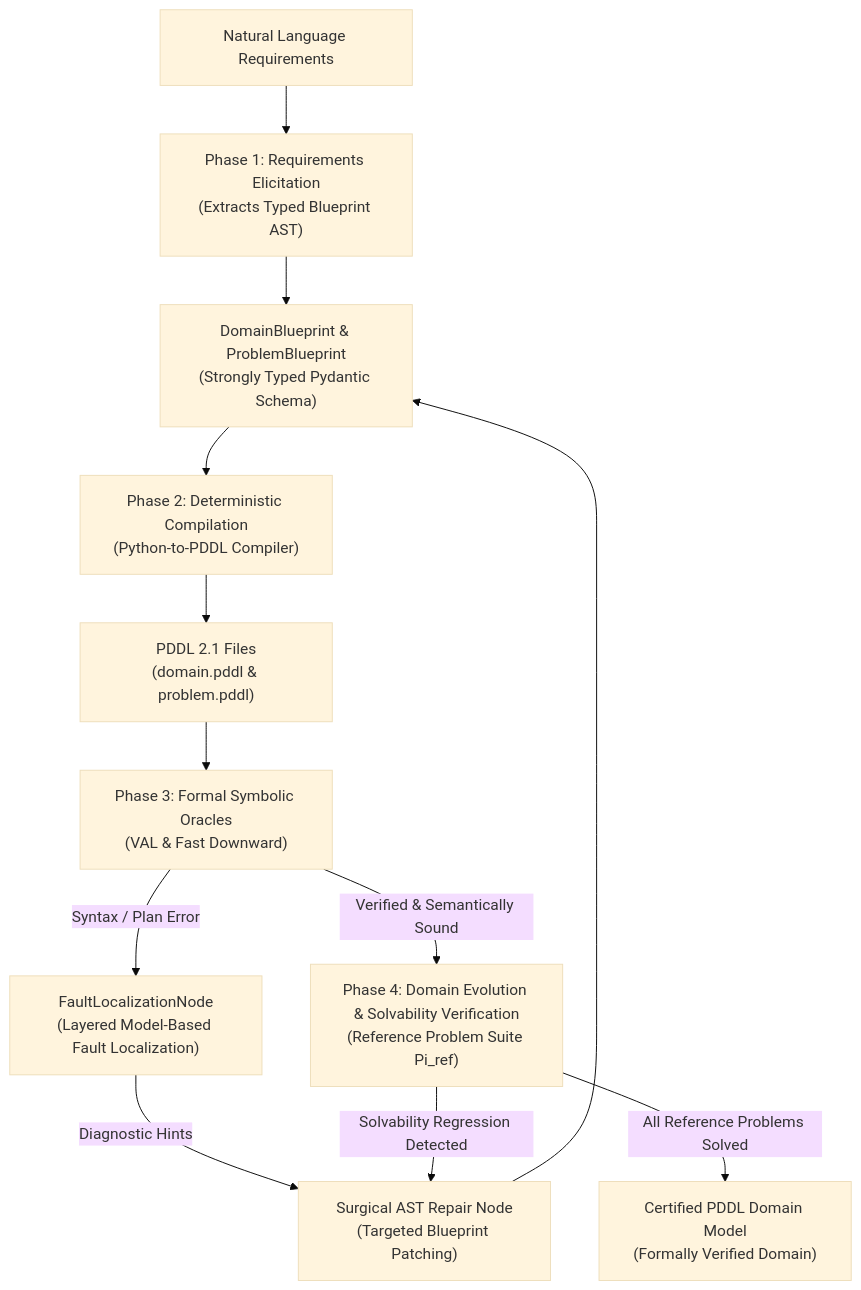
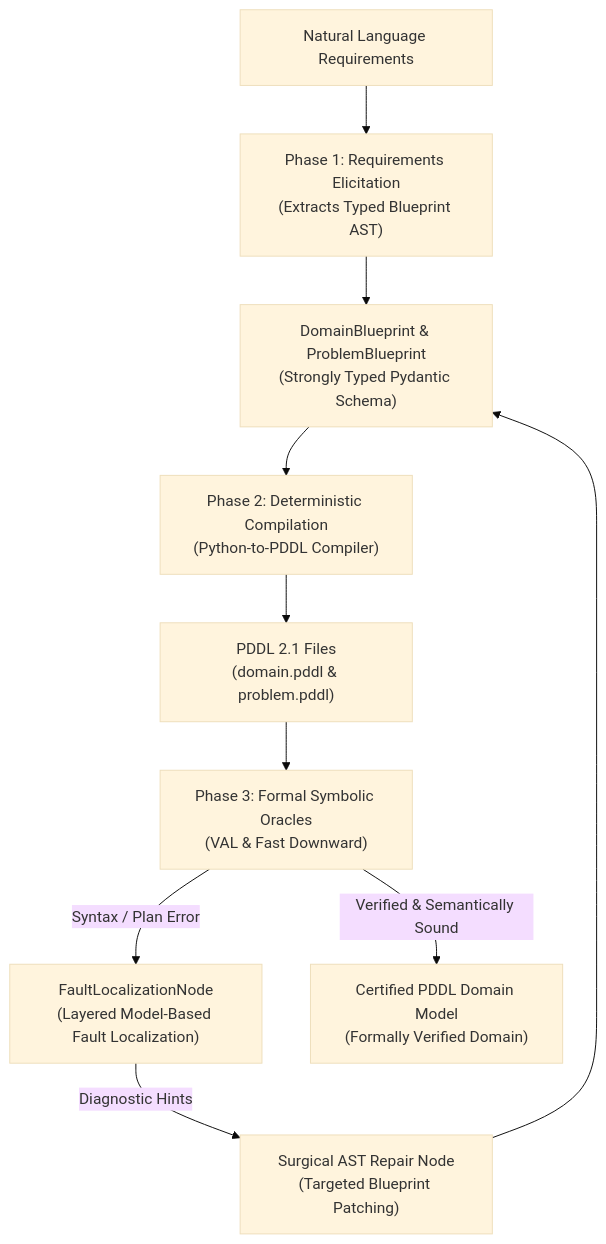
Before and after one commit to roshanmgupta/pddl-lifecycle-agent-domain-engineering: the first of 4 diagrams in readme.md, drawn with Mermaid (base theme). The commit also changed other lines of this file and 8387 other files, not shown here.

Commit message:
working pddl domain with 17 domain canonical script working

````diff
--- a/readme.md
+++ b/readme.md
@@ -30,14 +29,12 @@
 ```mermaid
 flowchart TD
     Req["Natural Language Requirements"] --> Elicit["Phase 1: Requirements Elicitation\n(Extracts Typed Blueprint AST)"]
     Elicit --> Blueprint["DomainBlueprint & ProblemBlueprint\n(Strongly Typed Pydantic Schema)"]
     Blueprint --> Gen["Phase 2: Deterministic Compilation\n(Python-to-PDDL Compiler)"]
     Gen --> PDDL["PDDL 2.1 Files\n(domain.pddl & problem.pddl)"]
     PDDL --> Oracles["Phase 3: Formal Symbolic Oracles\n(VAL & Fast Downward)"]
     Oracles -->|Syntax / Plan Error| Triage["FaultLocalizationNode\n(Layered Model-Based Fault Localization)"]
     Triage -->|Diagnostic Hints| Repair["Surgical AST Repair Node\n(Targeted Blueprint Patching)"]
     Repair --> Blueprint
-    Oracles -->|Verified & Semantically Sound| Maintenance["Phase 4: Domain Evolution & Solvability Verification\n(Reference Problem Suite Pi_ref)"]
-    Maintenance -->|Solvability Regression Detected| Repair
-    Maintenance -->|All Reference Problems Solved| Certified["Certified PDDL Domain Model\n(Formally Verified Domain)"]
+    Oracles -->|Verified & Semantically Sound| Certified["Certified PDDL Domain Model\n(Formally Verified Domain)"]
 ```
````
